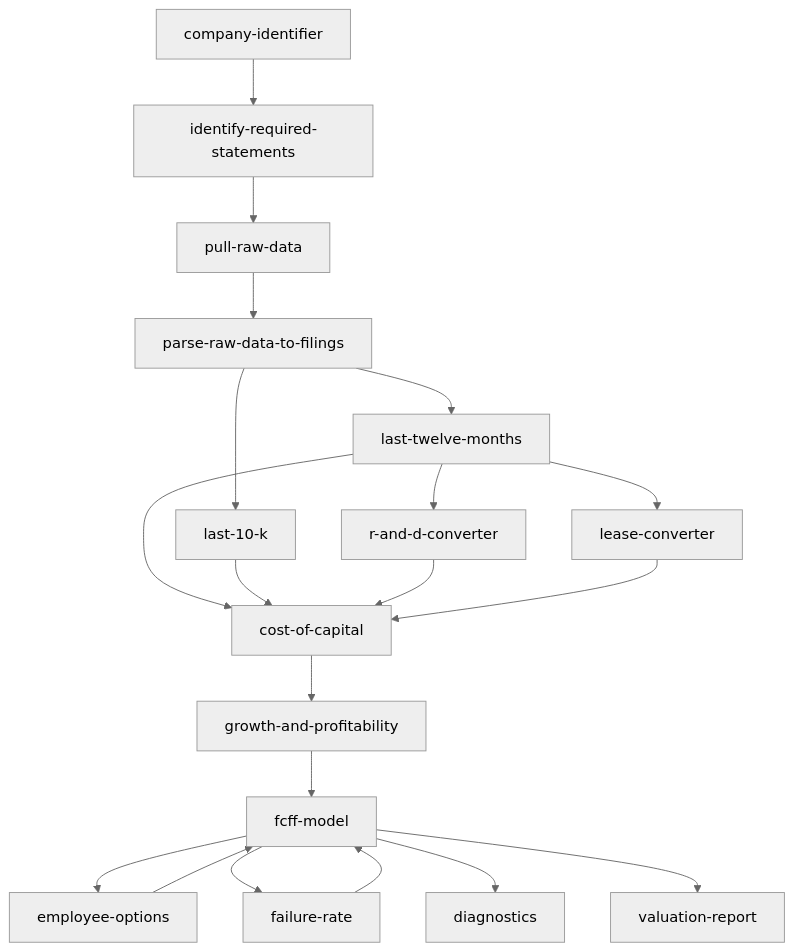
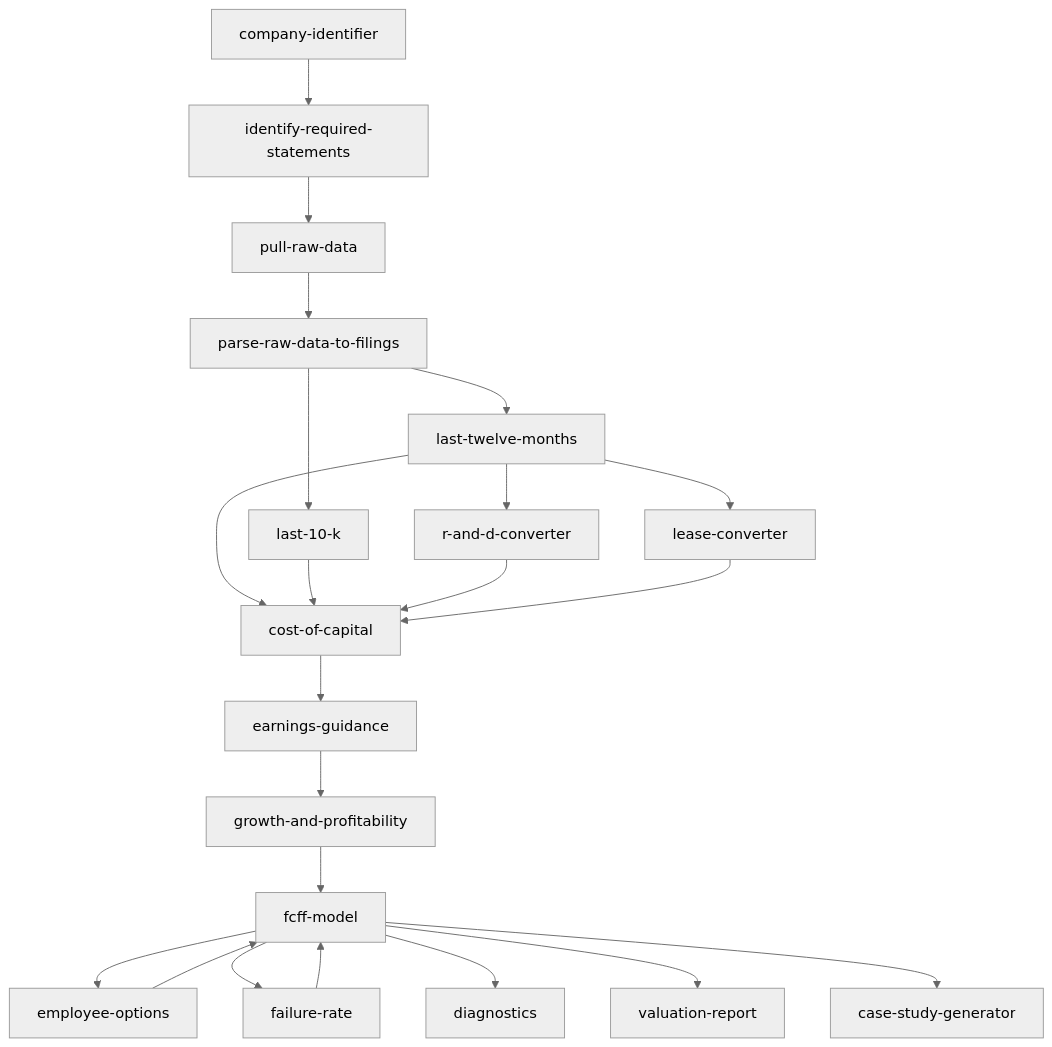
Before and after one commit to craigdsouza/valuation101: the diagram in skills/overview.mdx, drawn with Mermaid (neutral theme). The commit also changed other lines of this file and 34 other files, not shown here.

````diff
--- a/skills/overview.mdx
+++ b/skills/overview.mdx
@@ -11,22 +11,24 @@
 ```mermaid
 graph TD
     CI[company-identifier] --> IRS[identify-required-statements]
     IRS --> PRD[pull-raw-data]
     PRD --> PRTF[parse-raw-data-to-filings]
     PRTF --> LTM[last-twelve-months]
     PRTF --> L10K[last-10-k]
     LTM --> COC[cost-of-capital]
     L10K --> COC
     LTM --> RD[r-and-d-converter]
     LTM --> LC[lease-converter]
     RD --> COC
     LC --> COC
-    COC --> GAP[growth-and-profitability]
+    COC --> EG[earnings-guidance]
+    EG --> GAP[growth-and-profitability]
     GAP --> FM[fcff-model]
     FM --> EO[employee-options]
     FM --> FR[failure-rate]
     EO --> FM
     FR --> FM
     FM --> DX[diagnostics]
     FM --> VR[valuation-report]
+    FM --> CSG[case-study-generator]
 ```
````
